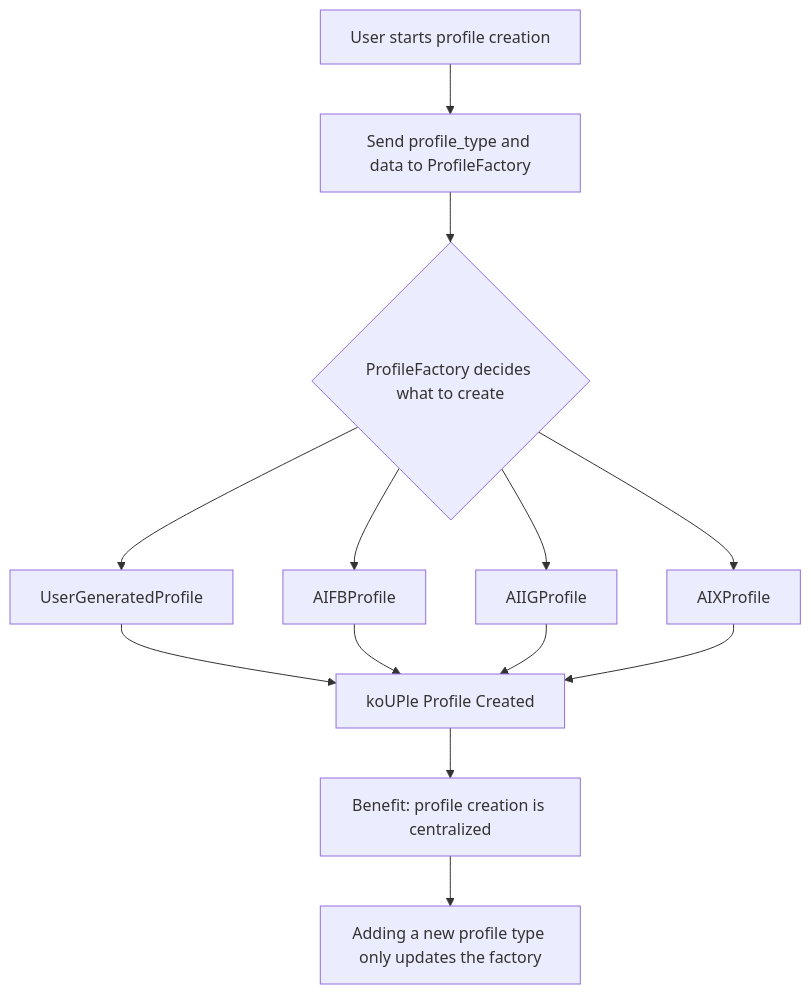
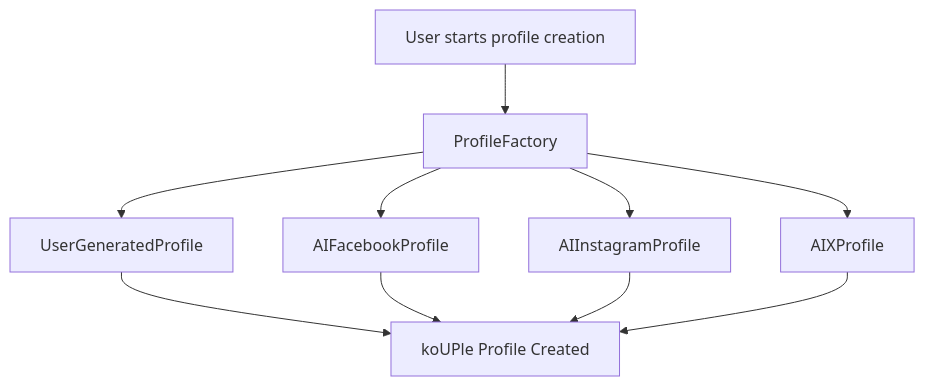
The second of 2 diagrams in README.md (NellePot/FirstRepository), drawn with Mermaid before and after one commit. The commit also changed other lines of this file, not shown here.

````diff
--- a/README.md
+++ b/README.md
@@ -22,19 +19,13 @@
 ```mermaid
 flowchart TD
-    A[User starts profile creation] --> B[Send profile_type and data to ProfileFactory]
+    A[User starts profile creation] --> B[ProfileFactory]
+    B --> C[UserGeneratedProfile]
+    B --> D[AIFacebookProfile]
+    B --> E[AIInstagramProfile]
+    B --> F[AIXProfile]
 
-    B --> C{ProfileFactory decides what to create}
-
-    C --> D[UserGeneratedProfile]
-    C --> E[AIFBProfile]
-    C --> F[AIIGProfile]
-    C --> G[AIXProfile]
-
-    D --> H[koUPle Profile Created]
-    E --> H
-    F --> H
-    G --> H
-
-    H --> I[Benefit: profile creation is centralized]
-    I --> J[Adding a new profile type only updates the factory]
+    C --> G[koUPle Profile Created]
+    D --> G
+    E --> G
+    F --> G
 ```
````
